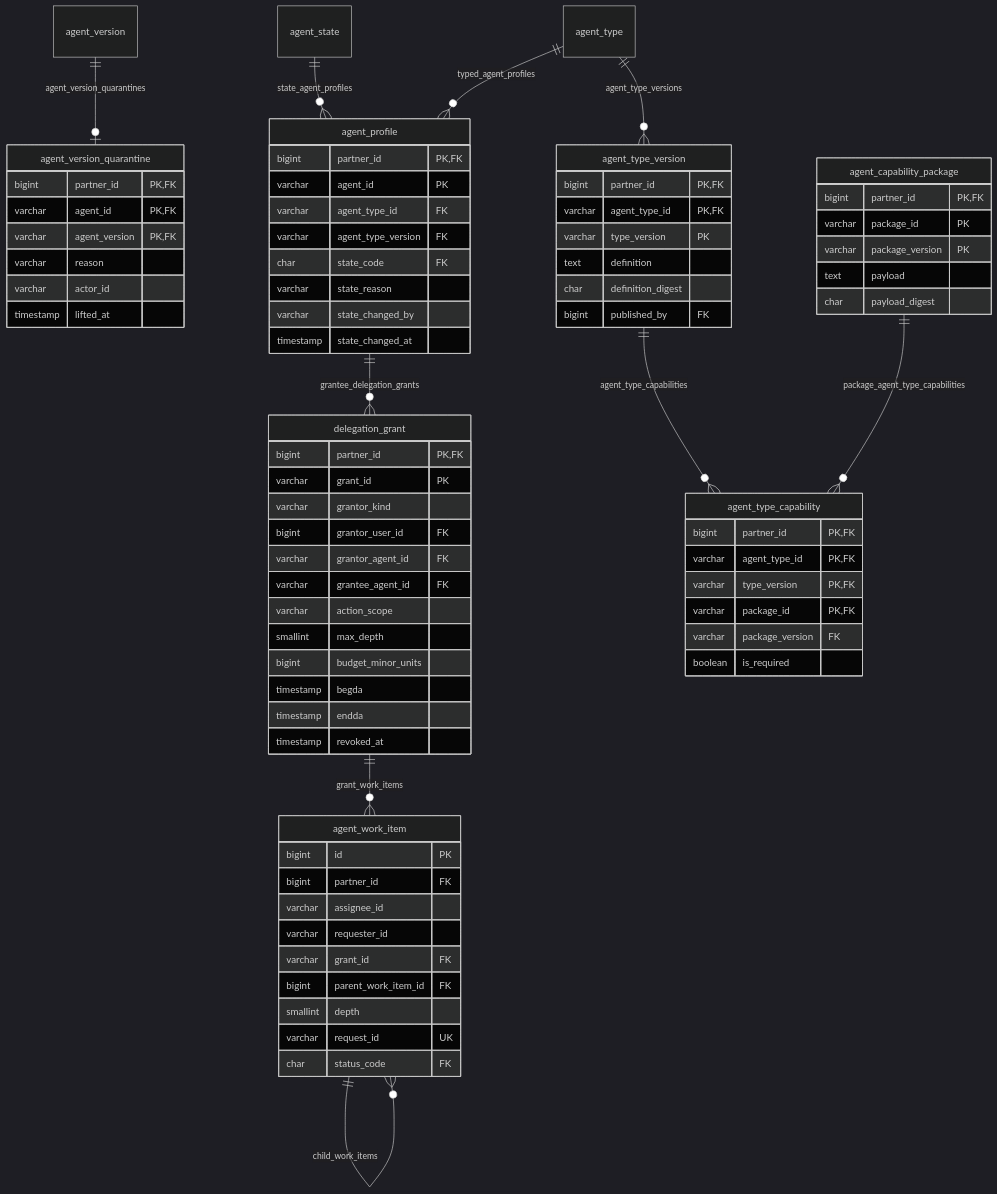
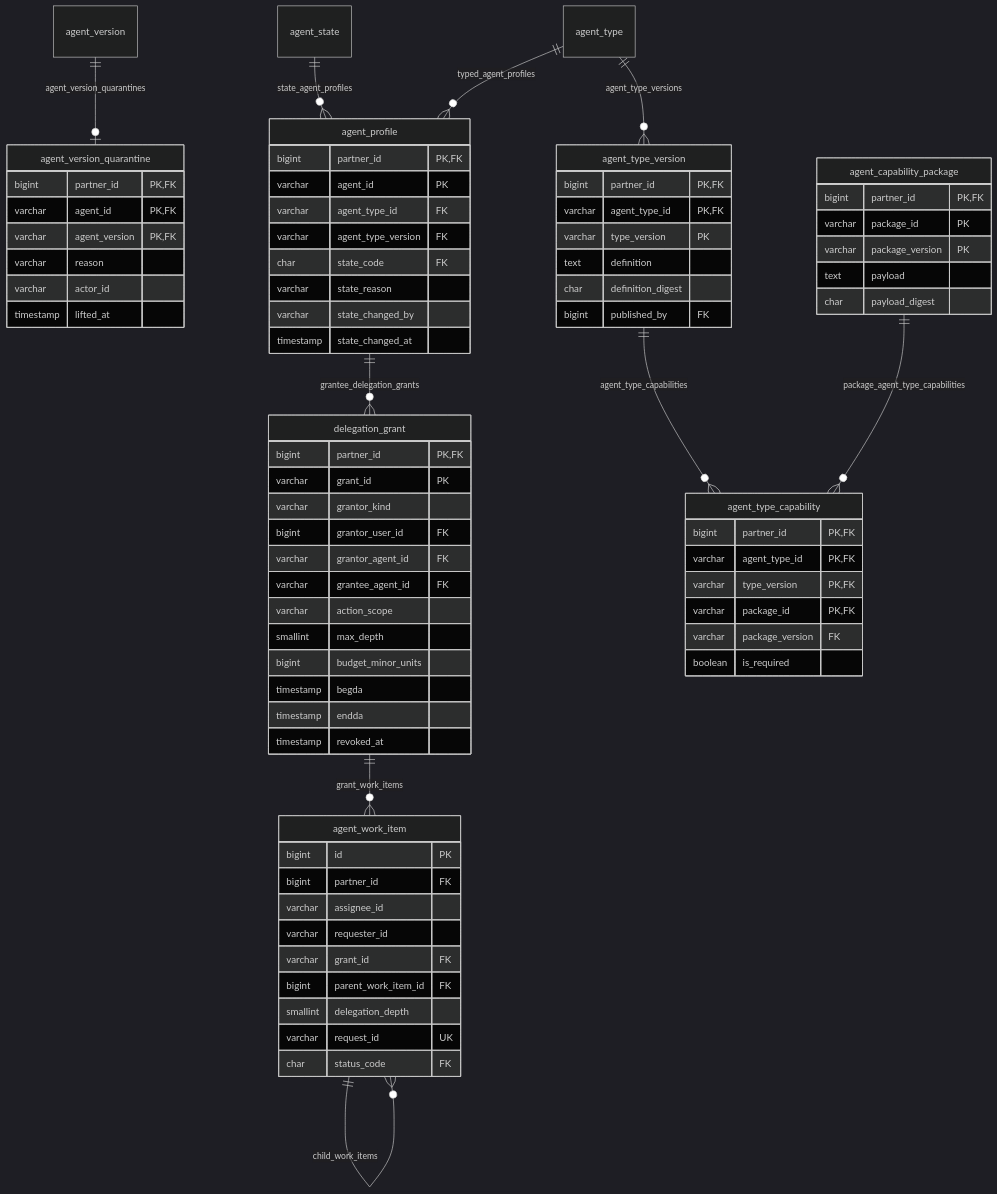
Diagram 14 of 24 in doc/database.md (nauticana/scout), drawn with Mermaid (dark theme) before and after one commit. The commit also changed other lines of this file and 84 other files, not shown here.

````diff
--- a/doc/database.md
+++ b/doc/database.md
@@ -1416,79 +1440,79 @@
 ```mermaid
 erDiagram
     agent_version ||--o| agent_version_quarantine : agent_version_quarantines
     agent_state ||--o{ agent_profile : state_agent_profiles
     agent_type ||--o{ agent_profile : typed_agent_profiles
     agent_type ||--o{ agent_type_version : agent_type_versions
     agent_type_version ||--o{ agent_type_capability : agent_type_capabilities
     agent_capability_package ||--o{ agent_type_capability : package_agent_type_capabilities
     agent_profile ||--o{ delegation_grant : grantee_delegation_grants
     delegation_grant ||--o{ agent_work_item : grant_work_items
     agent_work_item ||--o{ agent_work_item : child_work_items
 
     agent_type_version {
         bigint partner_id PK,FK
         varchar agent_type_id PK,FK
         varchar type_version PK
         text definition
         char definition_digest
         bigint published_by FK
     }
     agent_capability_package {
         bigint partner_id PK,FK
         varchar package_id PK
         varchar package_version PK
         text payload
         char payload_digest
     }
     agent_type_capability {
         bigint partner_id PK,FK
         varchar agent_type_id PK,FK
         varchar type_version PK,FK
         varchar package_id PK,FK
         varchar package_version FK
         boolean is_required
     }
     agent_profile {
         bigint partner_id PK,FK
         varchar agent_id PK
         varchar agent_type_id FK
         varchar agent_type_version FK
         char state_code FK
         varchar state_reason
         varchar state_changed_by
         timestamp state_changed_at
     }
     agent_version_quarantine {
         bigint partner_id PK,FK
         varchar agent_id PK,FK
         varchar agent_version PK,FK
         varchar reason
         varchar actor_id
         timestamp lifted_at
     }
     delegation_grant {
         bigint partner_id PK,FK
         varchar grant_id PK
         varchar grantor_kind
         bigint grantor_user_id FK
         varchar grantor_agent_id FK
         varchar grantee_agent_id FK
         varchar action_scope
         smallint max_depth
         bigint budget_minor_units
         timestamp begda
         timestamp endda
         timestamp revoked_at
     }
     agent_work_item {
         bigint id PK
         bigint partner_id FK
         varchar assignee_id
         varchar requester_id
         varchar grant_id FK
         bigint parent_work_item_id FK
-        smallint depth
+        smallint delegation_depth
         varchar request_id UK
         char status_code FK
     }
 ```
````
